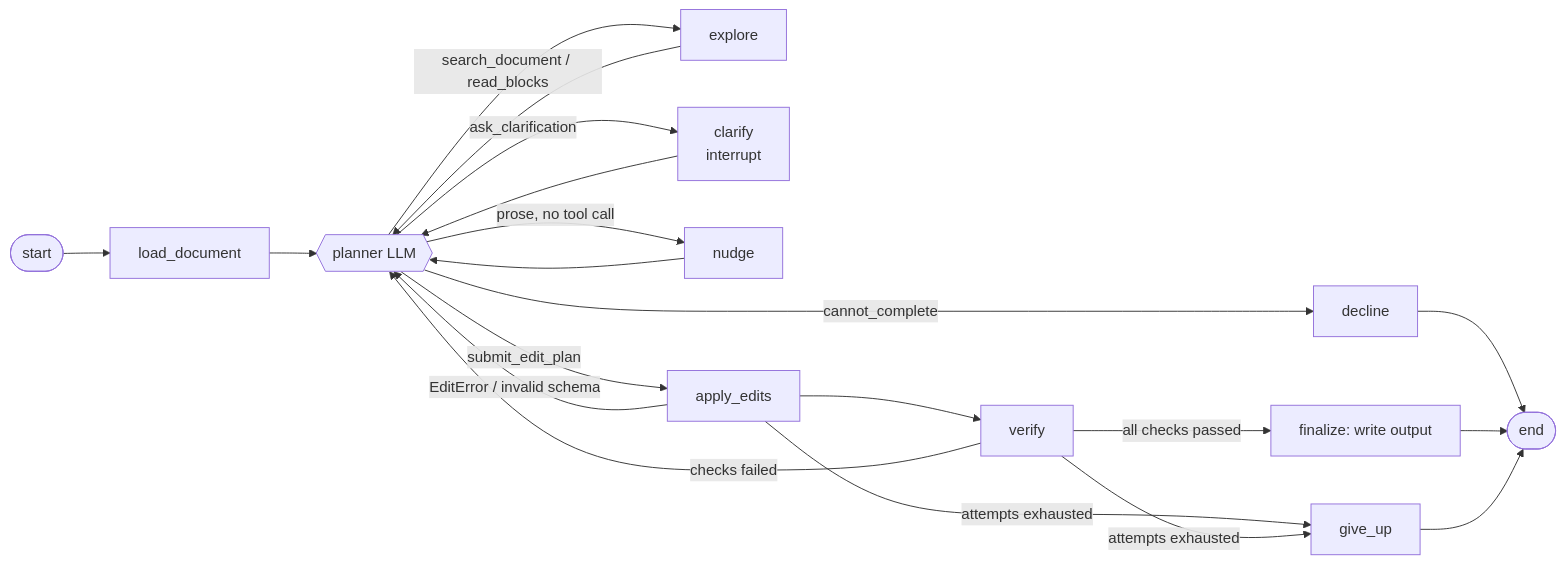
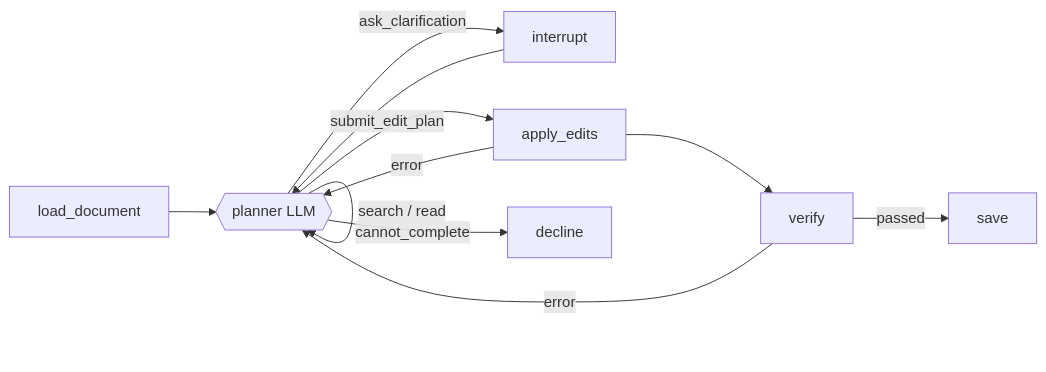
The diagram in README.md (Caldas00/docx-editor), drawn with Mermaid before and after one commit. The commit also changed other lines of this file and 1 other file, not shown here.

````diff
--- a/README.md
+++ b/README.md
@@ -141,15 +45,10 @@
 ```mermaid
 flowchart LR
-  S([start]) --> L[load_document]
-  L --> P{{planner LLM}}
-  P -- search_document / read_blocks --> X[explore] --> P
-  P -- ask_clarification --> C[clarify<br/>interrupt] --> P
-  P -- cannot_complete --> D[decline] --> E([end])
-  P -- prose, no tool call --> N[nudge] --> P
-  P -- submit_edit_plan --> A[apply_edits]
-  A -- EditError / invalid schema --> P
-  A --> V[verify]
-  V -- checks failed --> P
-  V -- all checks passed --> F[finalize: write output] --> E
-  A & V -- attempts exhausted --> G[give_up] --> E
+  L[load_document] --> P{{planner LLM}}
+  P -- search / read --> P
+  P -- ask_clarification --> C[interrupt] --> P
+  P -- submit_edit_plan --> A[apply_edits] --> V[verify]
+  A & V -- error --> P
+  V -- passed --> F[save]
+  P -- cannot_complete --> D[decline]
 ```
````
